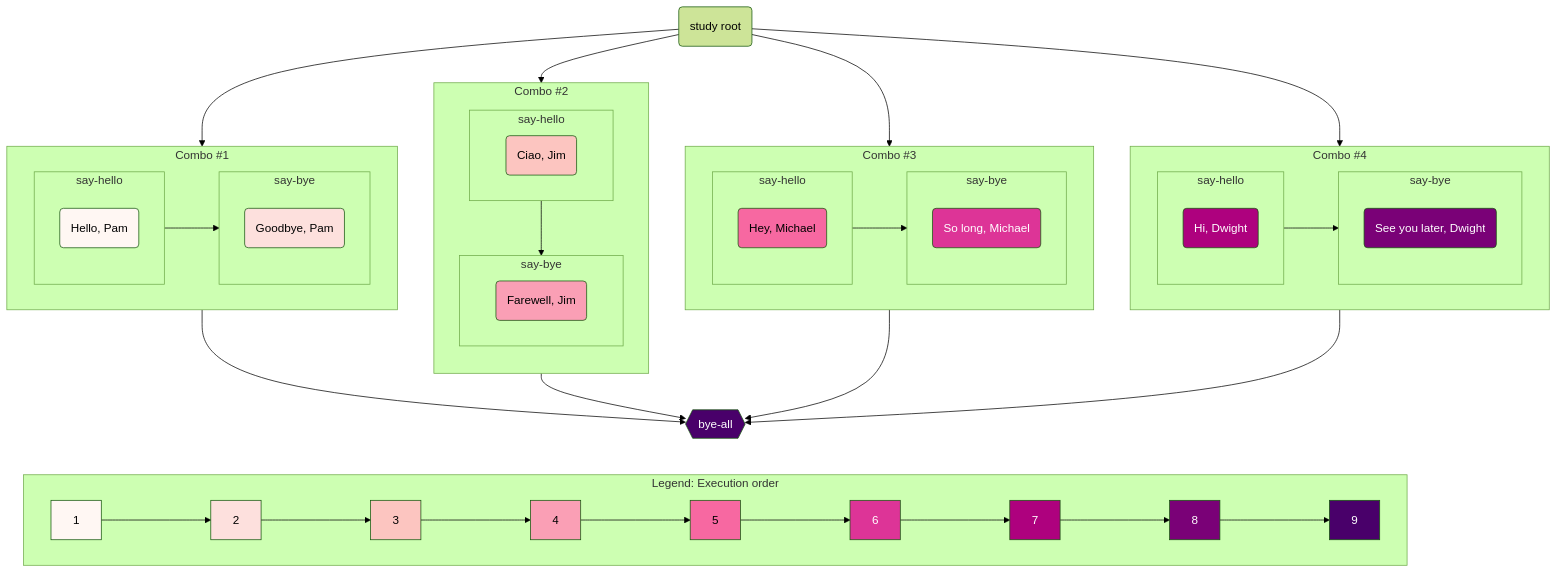
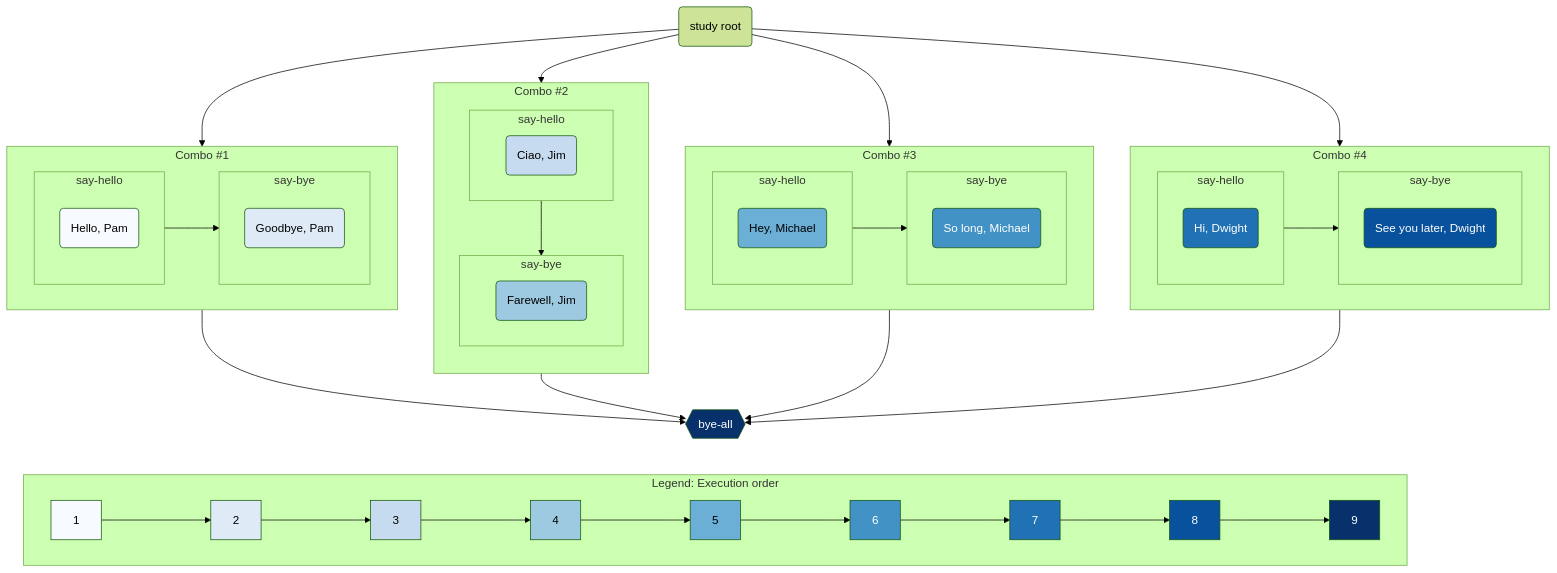
One commit to LLNL/maestrowf changed the second of 2 diagrams in docs/Maestro/specification.md. Above: the diagram before and after it, drawn with Mermaid (forest theme). The commit also changed other lines of this file, not shown here.

Commit message:
Use tabs to compress the execution order examples.  Update note to warning to highlight interaction with throttle setting.  Swap to single hued blue color scheme

````diff
--- a/docs/Maestro/specification.md
+++ b/docs/Maestro/specification.md
@@ -542,84 +547,82 @@
-``` mermaid
-flowchart TD;
-    A(study root) --> COMBO1;
-    subgraph COMBO1 [Combo #1]
-      subgraph say_hello1 [say-hello]
-        B(Hello, Pam)
-      end
-      subgraph say_bye1 [say-bye]
-        C(Goodbye, Pam)
-      end
-      say_hello1 --> say_bye1
-    end
-    A --> COMBO2
-    subgraph COMBO2 [Combo #2]
-      direction TB
-      subgraph say_hello2 [say-hello]
-        D(Ciao, Jim)
-      end
-      subgraph say_bye2 [say-bye]
-        E(Farewell, Jim)
-      end
-      say_hello2 --> say_bye2
-    end
-    A --> COMBO3
-    subgraph COMBO3 [Combo #3]
-      subgraph say_hello3 [say-hello]
-        F(Hey, Michael)
-      end
-      subgraph say_bye3 [say-bye]
-        G(So long, Michael)
-      end
-      say_hello3 --> say_bye3
-    end
-    A --> COMBO4
-    subgraph COMBO4 [Combo #4]
-      subgraph say_hello4 [say-hello]
-        H(Hi, Dwight)
-      end
-      subgraph say_bye4 [say-bye]
-        I(See you later, Dwight)
-      end
-      say_hello4 --> say_bye4;
-    end
+    ``` mermaid
+    flowchart TD;
+        A(study root) --> COMBO1;
+        subgraph COMBO1 [Combo #1]
+          subgraph say_hello1 [say-hello]
+            B(Hello, Pam)
+          end
+          subgraph say_bye1 [say-bye]
+            C(Goodbye, Pam)
+          end
+          say_hello1 --> say_bye1
+        end
+        A --> COMBO2
+        subgraph COMBO2 [Combo #2]
+          direction TB
+          subgraph say_hello2 [say-hello]
+            D(Ciao, Jim)
+          end
+          subgraph say_bye2 [say-bye]
+            E(Farewell, Jim)
+          end
+          say_hello2 --> say_bye2
+        end
+        A --> COMBO3
+        subgraph COMBO3 [Combo #3]
+          subgraph say_hello3 [say-hello]
+            F(Hey, Michael)
+          end
+          subgraph say_bye3 [say-bye]
+            G(So long, Michael)
+          end
+          say_hello3 --> say_bye3
+        end
+        A --> COMBO4
+        subgraph COMBO4 [Combo #4]
+          subgraph say_hello4 [say-hello]
+            H(Hi, Dwight)
+          end
+          subgraph say_bye4 [say-bye]
+            I(See you later, Dwight)
+          end
+          say_hello4 --> say_bye4;
+        end
+        
+        COMBO1 --> J{{bye-all}}
+        COMBO2 --> J{{bye-all}}
+        COMBO3 --> J{{bye-all}}
+        COMBO4 --> J{{bye-all}}
     
-    COMBO1 --> J{{bye-all}}
-    COMBO2 --> J{{bye-all}}
-    COMBO3 --> J{{bye-all}}
-    COMBO4 --> J{{bye-all}}
+        style B fill:#f7fbff,color:#000000;
+        style C fill:#deebf7,color:#000000;
+        style D fill:#c6dbef,color:#000000;
+        style E fill:#9ecae1,color:#000000;
+        style F fill:#6baed6,color:#000000;
+        style G fill:#4292c6,color:#FFFFFF;
+        style H fill:#2171b5,color:#FFFFFF;
+        style I fill:#08519c,color:#FFFFFF;
+        style J fill:#08306b,color:#FFFFFF;
+        subgraph LEGEND [Legend: Execution order]
+          direction LR
+          BL[1]---> CL[2]
+          CL ---> DL[3]
+          DL ---> EL[4]
+          EL ---> FL[5]
+          FL ---> GL[6]
+          GL ---> HL[7]
+          HL ---> IL[8]
+          IL ---> JL[9]
+          style BL fill:#f7fbff,color:#000000;
+          style CL fill:#deebf7,color:#000000;
+          style DL fill:#c6dbef,color:#000000;
+          style EL fill:#9ecae1,color:#000000;
+          style FL fill:#6baed6,color:#000000;
+          style GL fill:#4292c6,color:#FFFFFF;
+          style HL fill:#2171b5,color:#FFFFFF;
+          style IL fill:#08519c,color:#FFFFFF;
+          style JL fill:#08306b,color:#FFFFFF;
     
-    style B fill:#fff7f3,color:#000000
-    style C fill:#fde0dd,color:#000000
-    style D fill:#fcc5c0,color:#000000
-    style E fill:#fa9fb5,color:#000000
-    style F fill:#f768a1,color:#000000
-    style G fill:#dd3497,color:#FFFFFF
-    style H fill:#ae017e,color:#FFFFFF
-    style I fill:#7a0177,color:#FFFFFF
-    style J fill:#49006a,color:#FFFFFF
-
-    subgraph LEGEND [Legend: Execution order]
-      direction LR
-      BL[1]---> DL[2]
-      DL ---> FL[3]
-      FL ---> HL[4]
-      HL ---> CL[5]
-      CL ---> EL[6]
-      EL ---> GL[7]
-      GL ---> IL[8]
-      IL ---> JL[9]
-      style BL fill:#fff7f3,color:#000000;
-      style CL fill:#f768a1,color:#000000;
-      style DL fill:#fde0dd,color:#000000;
-      style EL fill:#dd3497,color:#FFFFFF;
-      style FL fill:#fcc5c0,color:#000000;
-      style GL fill:#ae017e,color:#FFFFFF;
-      style HL fill:#fa9fb5,color:#000000;
-      style IL fill:#7a0177,color:#FFFFFF;
-      style JL fill:#49006a,color:#FFFFFF;
-
-    end
-    
-    J --- LEGEND
-    linkStyle 20 stroke-width:0px;
-```
+        end
+        J --- LEGEND
+        linkStyle 20 stroke-width:0px;
+    ```
````
